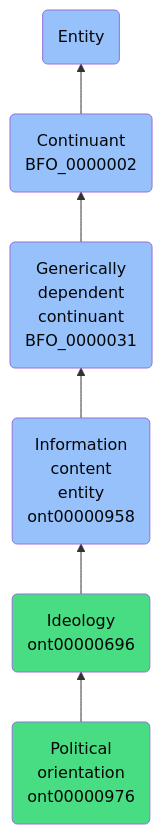
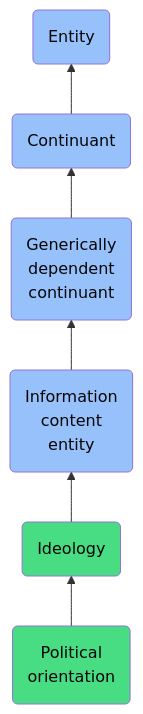
Before and after one commit to jupyter-naas/abi: the diagram in docs/ontology/reference/model/Entity/Continuant/Generically dependent continuant/Information content entity/Ideology/Political orientation/Political orientation.md, drawn with Mermaid. The commit also changed other lines of this file and 1430 other files, not shown here.

````diff
--- a/docs/ontology/reference/model/Entity/Continuant/Generically dependent continuant/Information content entity/Ideology/Political orientation/Political orientation.md
+++ b/docs/ontology/reference/model/Entity/Continuant/Generically dependent continuant/Information content entity/Ideology/Political orientation/Political orientation.md
@@ -24,13 +24,13 @@
 ```mermaid
 graph BT
-    ont00000976(Political<br>orientation<br>ont00000976):::ABI-->ont00000696
-    ont00000696(Ideology<br>ont00000696):::ABI-->ont00000958
-    ont00000958(Information<br>content<br>entity<br>ont00000958):::BFO-->BFO_0000031
-    BFO_0000031(Generically<br>dependent<br>continuant<br>BFO_0000031):::BFO-->BFO_0000002
-    BFO_0000002(Continuant<br>BFO_0000002):::BFO-->BFO_0000001
+    ont00000976(Political<br>orientation):::ABI-->ont00000696
+    ont00000696(Ideology):::ABI-->ont00000958
+    ont00000958(Information<br>content<br>entity):::BFO-->BFO_0000031
+    BFO_0000031(Generically<br>dependent<br>continuant):::BFO-->BFO_0000002
+    BFO_0000002(Continuant):::BFO-->BFO_0000001
     BFO_0000001(Entity):::BFO
     
     classDef BFO fill:#97c1fb,color:#060606
     classDef CCO fill:#e4c51e,color:#060606
     classDef ABI fill:#48DD82,color:#060606
 ```
````
